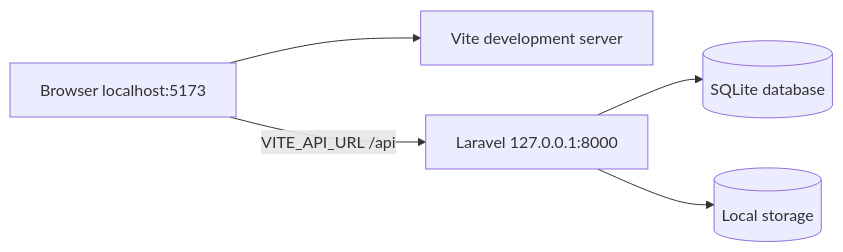
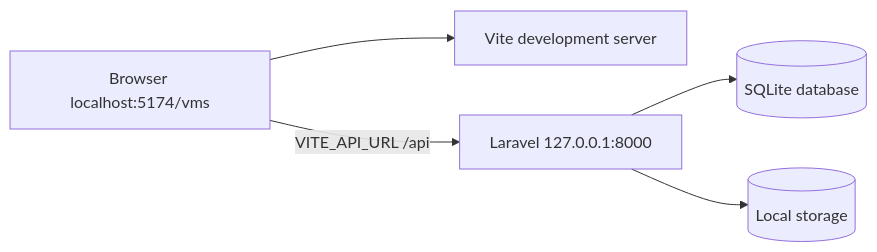
The ninth of 11 diagrams in SYSTEM_ARCHITECTURE.md (Chief-Ministry-Southern-Province/vehicle-management-system), drawn with Mermaid before and after one commit. The commit also changed other lines of this file and 14 other files, not shown here.

````diff
--- a/SYSTEM_ARCHITECTURE.md
+++ b/SYSTEM_ARCHITECTURE.md
@@ -799,13 +799,13 @@
 ```mermaid
 flowchart LR
-    B[Browser localhost:5173]
+    B[Browser localhost:5174/vms]
     V[Vite development server]
     L[Laravel 127.0.0.1:8000]
     S[(SQLite database)]
     FS[(Local storage)]
 
     B --> V
     B -->|VITE_API_URL /api| L
     L --> S
     L --> FS
 ```
````
